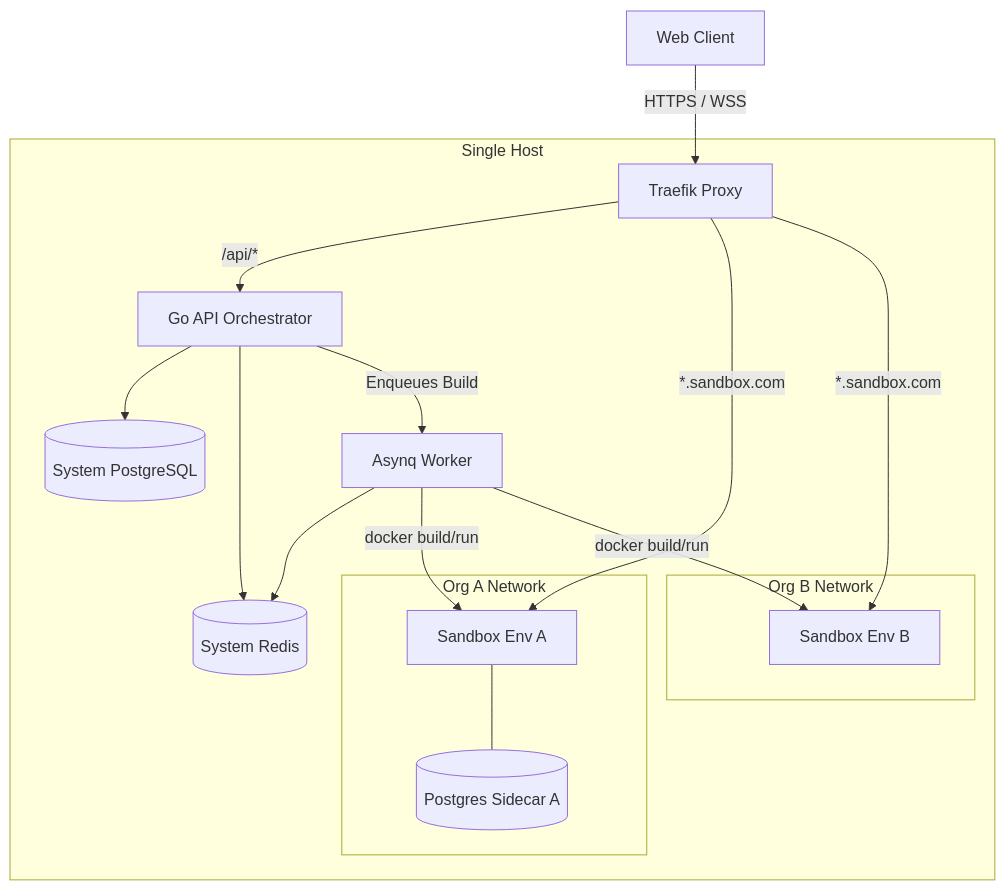
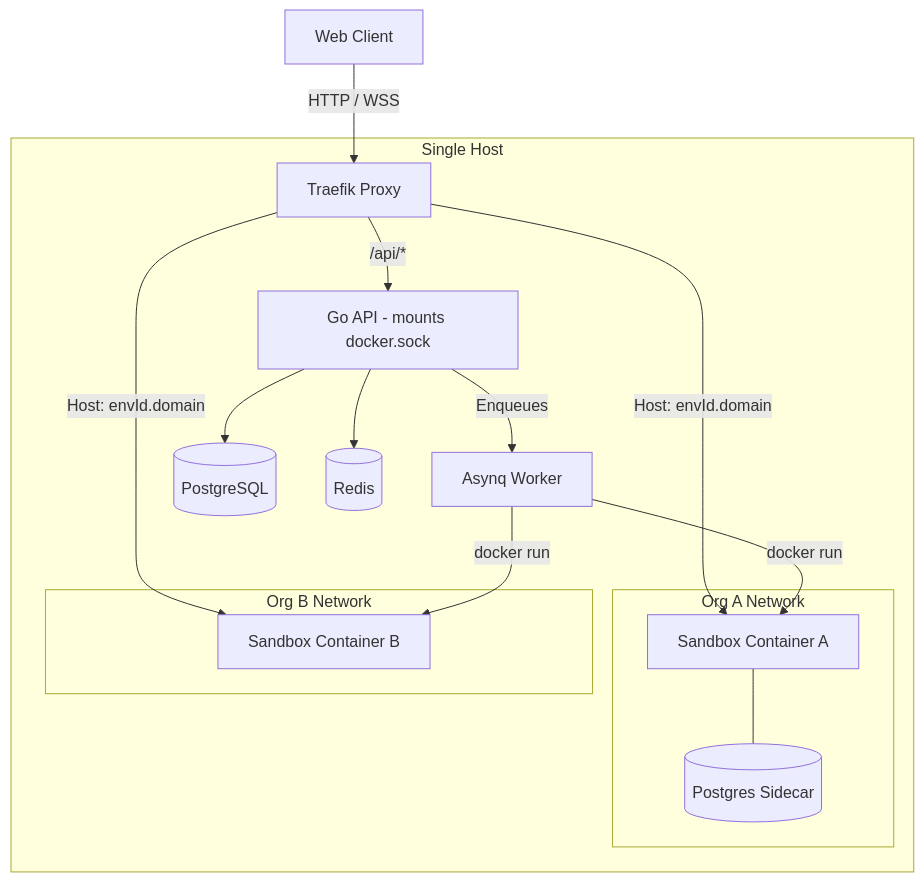
One commit to AyushCN/api-sandbox changed the first of 2 diagrams in docs/ARCHITECTURE.md. Above: the diagram before and after it, drawn with Mermaid. The commit also changed other lines of this file and 2 other files, not shown here.

````diff
--- a/docs/ARCHITECTURE.md
+++ b/docs/ARCHITECTURE.md
@@ -9,34 +11,32 @@
 ```mermaid
 graph TD
     Client[Web Client]
     subgraph Single Host
         Traefik[Traefik Proxy]
-        Backend[Go API Orchestrator]
+        Backend[Go API - mounts docker.sock]
         Worker[Asynq Worker]
-        PostgreSQL[(System PostgreSQL)]
-        Redis[(System Redis)]
+        PostgreSQL[(PostgreSQL)]
+        Redis[(Redis)]
 
         subgraph Org A Network
-            EnvA[Sandbox Env A]
-            DB_A[(Postgres Sidecar A)]
+            EnvA[Sandbox Container A]
+            DB_A[(Postgres Sidecar)]
             EnvA --- DB_A
         end
 
         subgraph Org B Network
-            EnvB[Sandbox Env B]
+            EnvB[Sandbox Container B]
         end
     end
 
-    Client -->|HTTPS / WSS| Traefik
+    Client -->|HTTP / WSS| Traefik
     Traefik -->|/api/*| Backend
-    Traefik -->|*.sandbox.com| EnvA
-    Traefik -->|*.sandbox.com| EnvB
+    Traefik -->|Host: envId.domain| EnvA
+    Traefik -->|Host: envId.domain| EnvB
 
     Backend --> PostgreSQL
     Backend --> Redis
-    Backend -->|Enqueues Build| Worker
-    Worker --> Redis
-    
-    Worker -->|docker build/run| EnvA
-    Worker -->|docker build/run| EnvB
+    Backend -->|Enqueues| Worker
+    Worker -->|docker run| EnvA
+    Worker -->|docker run| EnvB
 ```
````
